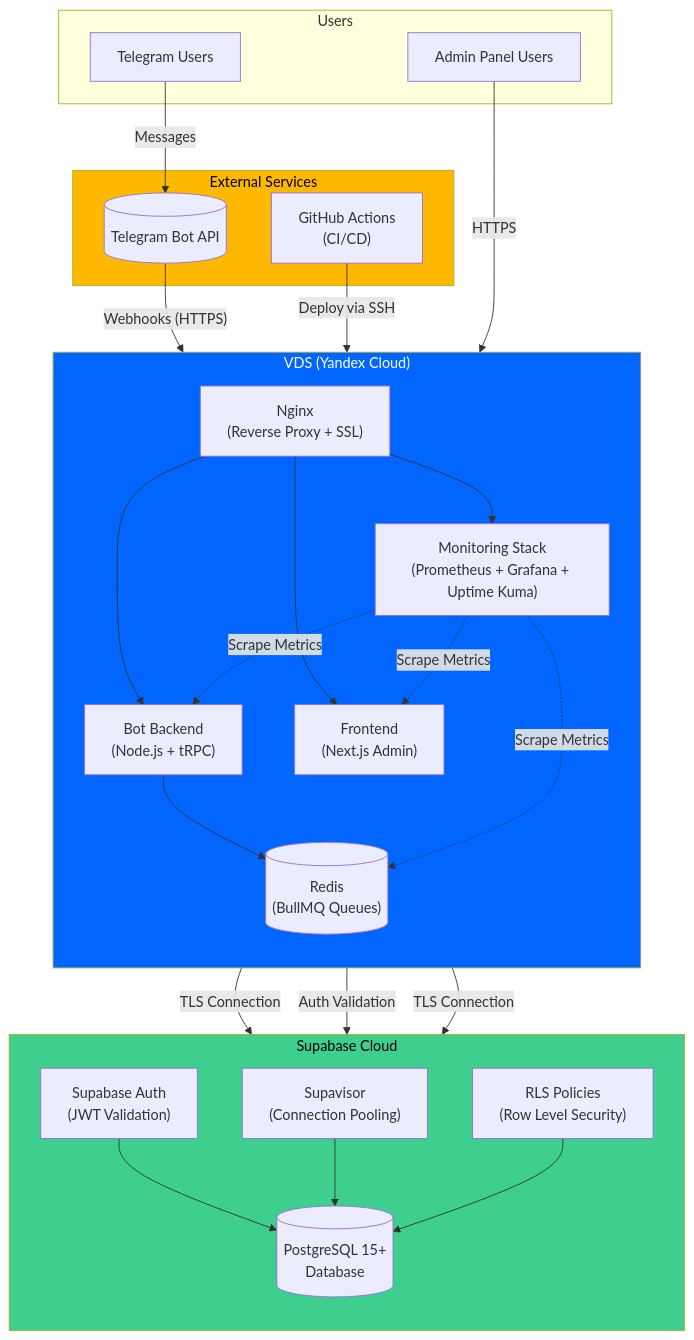
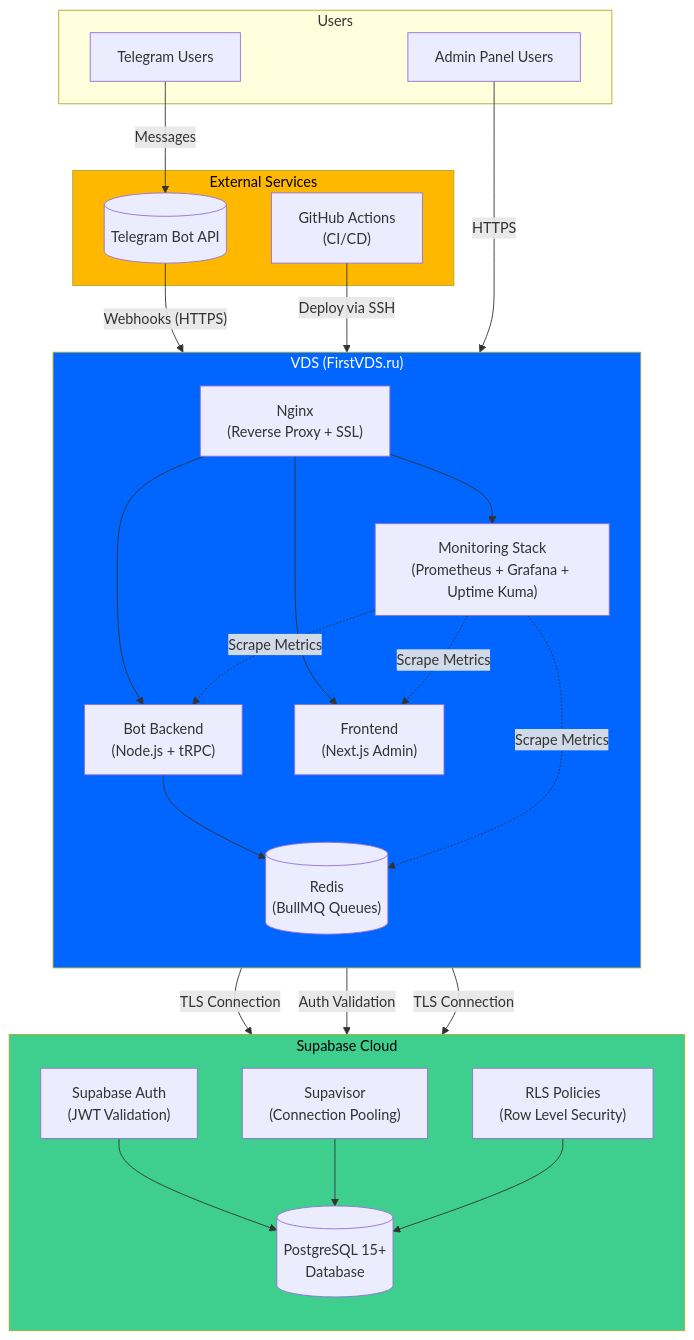
The first of 4 diagrams in docs/infrastructure/architecture-diagram.md (maslennikov-ig/BuhBot), drawn with Mermaid before and after one commit. The commit also changed other lines of this file and 2 other files, not shown here.

First line of the commit message:
docs: update architecture docs with current tech stack

````diff
--- a/docs/infrastructure/architecture-diagram.md
+++ b/docs/infrastructure/architecture-diagram.md
@@ -38,56 +38,56 @@
 ```mermaid
 flowchart TB
     subgraph External["External Services"]
         TG[("Telegram Bot API")]
         GH["GitHub Actions<br/>(CI/CD)"]
     end
 
     subgraph Users["Users"]
         TGUser["Telegram Users"]
         Admin["Admin Panel Users"]
     end
 
     subgraph Supabase["Supabase Cloud"]
         direction TB
         PG[("PostgreSQL 15+<br/>Database")]
         SV["Supavisor<br/>(Connection Pooling)"]
         Auth["Supabase Auth<br/>(JWT Validation)"]
         RLS["RLS Policies<br/>(Row Level Security)"]
 
         Auth --> PG
         SV --> PG
         RLS --> PG
     end
 
-    subgraph VDS["VDS (Yandex Cloud)"]
+    subgraph VDS["VDS (FirstVDS.ru)"]
         direction TB
         NGINX["Nginx<br/>(Reverse Proxy + SSL)"]
         BOT["Bot Backend<br/>(Node.js + tRPC)"]
         FE["Frontend<br/>(Next.js Admin)"]
         REDIS[("Redis<br/>(BullMQ Queues)")]
         MON["Monitoring Stack<br/>(Prometheus + Grafana + Uptime Kuma)"]
 
         NGINX --> BOT
         NGINX --> FE
         NGINX --> MON
         BOT --> REDIS
     end
 
     TGUser -->|"Messages"| TG
     TG -->|"Webhooks (HTTPS)"| NGINX
     Admin -->|"HTTPS"| NGINX
 
     BOT -->|"TLS Connection"| SV
     BOT -->|"Auth Validation"| Auth
     FE -->|"TLS Connection"| SV
 
     GH -->|"Deploy via SSH"| VDS
 
     MON -.->|"Scrape Metrics"| BOT
     MON -.->|"Scrape Metrics"| FE
     MON -.->|"Scrape Metrics"| REDIS
 
     style Supabase fill:#3ECF8E,color:#000
     style VDS fill:#0066FF,color:#fff
     style External fill:#FFB800,color:#000
 ```
````
